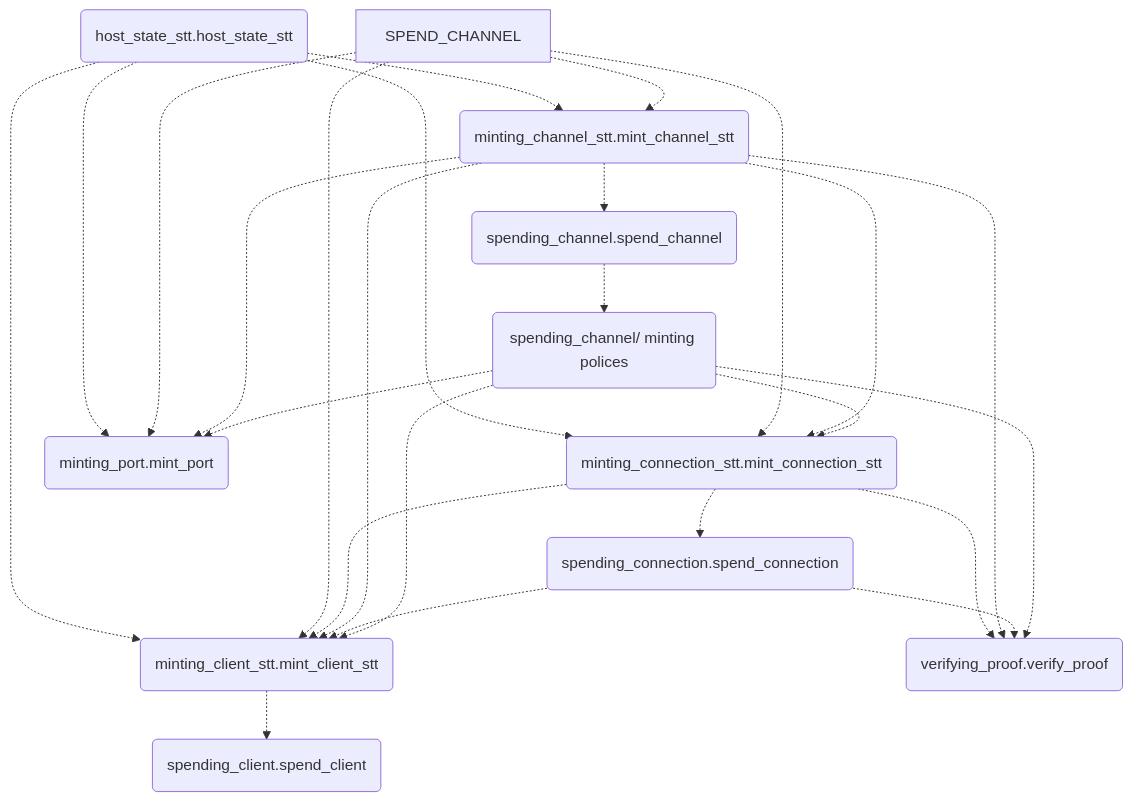
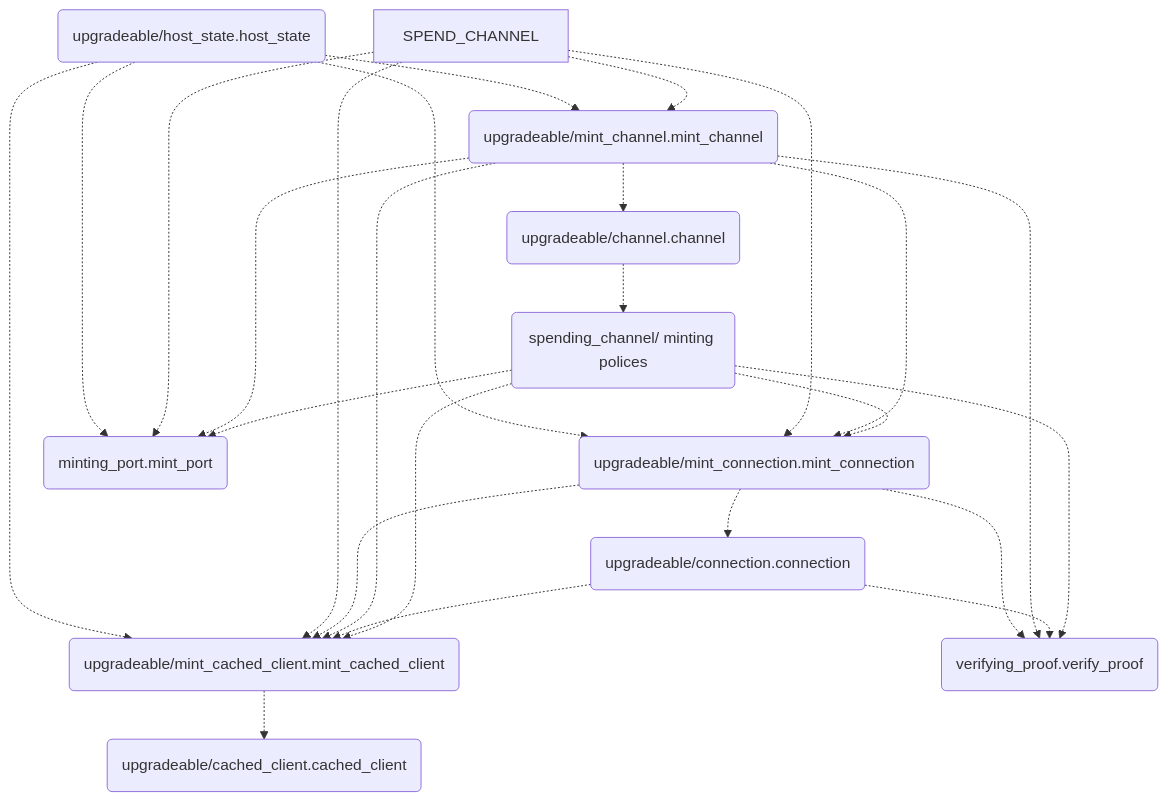
One commit to cardano-foundation/cardano-ibc-incubator changed the diagram in cardano/docs/validator_scripts.md. Above: the diagram before and after it, drawn with Mermaid. The commit also changed other lines of this file and 95 other files, not shown here.

````diff
--- a/cardano/docs/validator_scripts.md
+++ b/cardano/docs/validator_scripts.md
@@ -56,34 +56,34 @@
 ```mermaid
 graph TD;
-    HOST_STATE(host_state_stt.host_state_stt)-.->MINT_CLIENT(minting_client_stt.mint_client_stt);
-    HOST_STATE-.->MINT_CONN(minting_connection_stt.mint_connection_stt);
-    HOST_STATE-.->MINT_CHAN(minting_channel_stt.mint_channel_stt);
+    HOST_STATE(upgradeable/host_state.host_state)-.->MINT_CLIENT(upgradeable/mint_cached_client.mint_cached_client);
+    HOST_STATE-.->MINT_CONN(upgradeable/mint_connection.mint_connection);
+    HOST_STATE-.->MINT_CHAN(upgradeable/mint_channel.mint_channel);
     HOST_STATE-.->MINT_PORT(minting_port.mint_port);
 
     SPEND_CHANNEL-.->MINT_CLIENT;
     SPEND_CHANNEL-.->MINT_CONN;
     SPEND_CHANNEL-.->MINT_CHAN;
     SPEND_CHANNEL-.->MINT_PORT(minting_port.mint_port);
 
-    MINT_CLIENT-.->SPEND_CLIENT(spending_client.spend_client);
+    MINT_CLIENT-.->SPEND_CLIENT(upgradeable/cached_client.cached_client);
 
     MINT_CONN-.->MINT_CLIENT;
-    MINT_CONN-.->SPEND_CONN(spending_connection.spend_connection);
+    MINT_CONN-.->SPEND_CONN(upgradeable/connection.connection);
     MINT_CONN-.->VERIFY_PROOF(verifying_proof.verify_proof);
 
     MINT_CHAN-.->MINT_CLIENT;
     MINT_CHAN-.->MINT_CONN;
     MINT_CHAN-.->MINT_PORT;
     MINT_CHAN-.->VERIFY_PROOF;
-    MINT_CHAN-.->SPEND_CHAN(spending_channel.spend_channel);
+    MINT_CHAN-.->SPEND_CHAN(upgradeable/channel.channel);
 
     SPEND_CONN-.->MINT_CLIENT;
     SPEND_CONN-.->VERIFY_PROOF;
 
     SPEND_CHAN-.->SPEND_CHAN_MINTING_POLICIES(spending_channel/ minting polices);
 
     SPEND_CHAN_MINTING_POLICIES-.->MINT_CLIENT;
     SPEND_CHAN_MINTING_POLICIES-.->MINT_CONN;
     SPEND_CHAN_MINTING_POLICIES-.->MINT_PORT;
     SPEND_CHAN_MINTING_POLICIES-.->VERIFY_PROOF;
 ```
````
